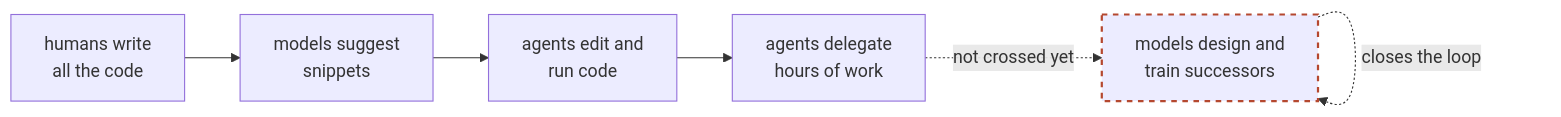
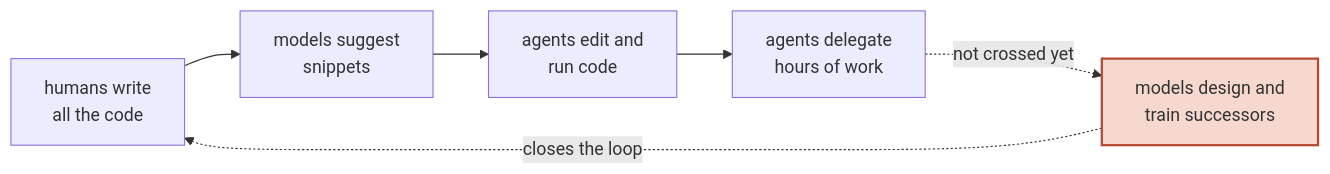
The first of 2 diagrams in _posts/2026-06-07-ai-rsi.md (engineering87/engineering87.github.io), drawn with Mermaid before and after one commit. The commit also changed other lines of this file, not shown here.

```diff
--- a/_posts/2026-06-07-ai-rsi.md
+++ b/_posts/2026-06-07-ai-rsi.md
@@ -33,9 +38,9 @@
 <pre class="mermaid">
 flowchart LR
     A["humans write<br/>all the code"] --> B["models suggest<br/>snippets"]
     B --> C["agents edit and<br/>run code"]
     C --> D["agents delegate<br/>hours of work"]
     D -. not crossed yet .-> E["models design and<br/>train successors"]
-    E -. closes the loop .-> E
-    style E stroke:#b5482f,stroke-width:2px,stroke-dasharray: 5 5
+    E -. closes the loop .-> A
+    style E fill:#f6d8cf,stroke:#b5482f,stroke-width:2px
 </pre>
```
